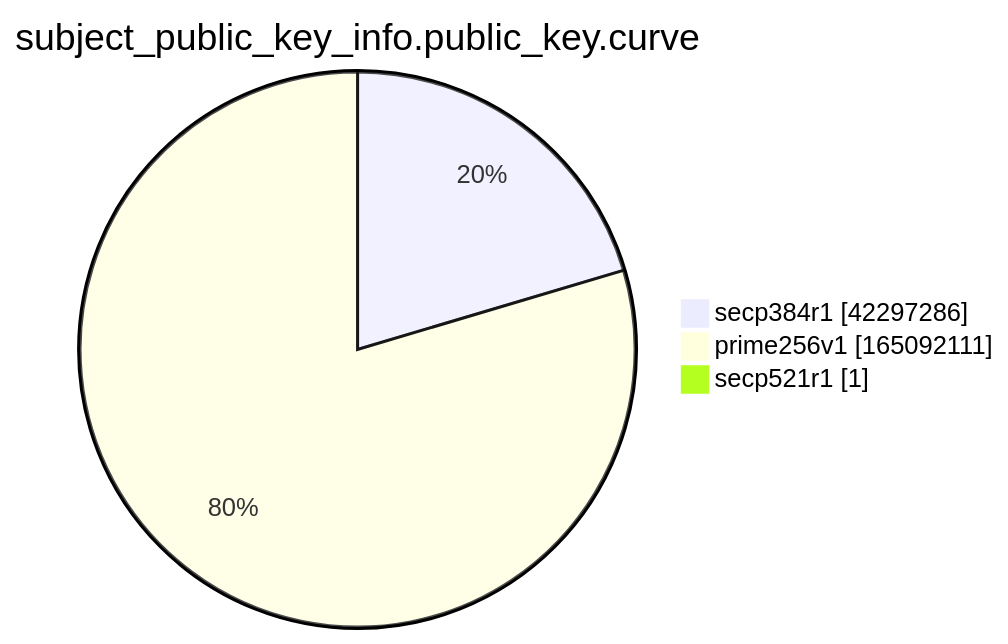
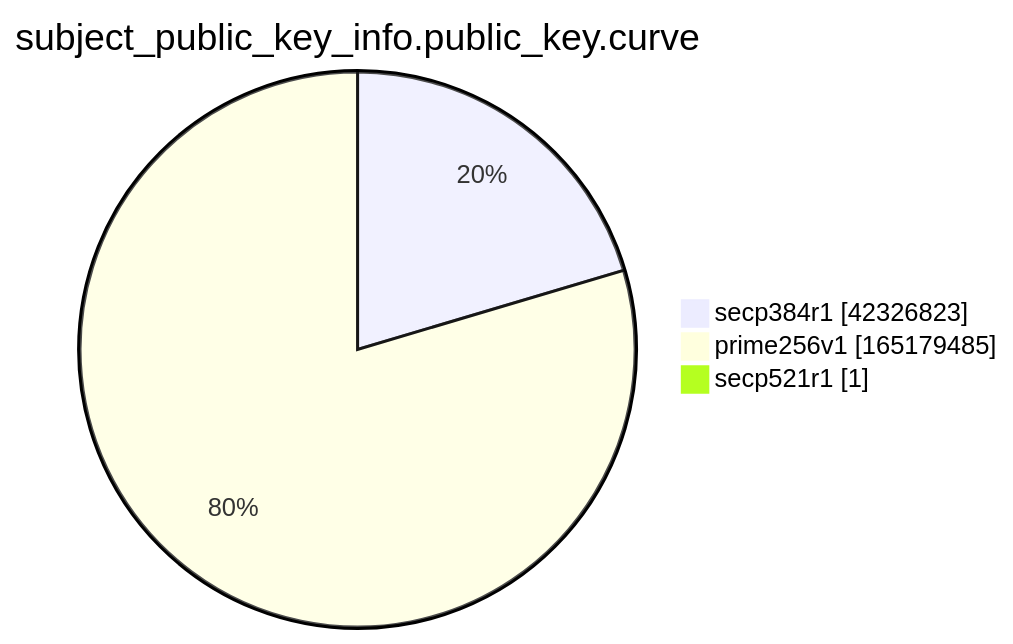
Before and after one commit to christiankrug/ctmonitor_visualization: the ninth of 15 diagrams in xenon2022/README.md, drawn with Mermaid. The commit also changed other lines of this file, not shown here.

````diff
--- a/xenon2022/README.md
+++ b/xenon2022/README.md
@@ -2869,7 +2869,7 @@
 ```mermaid
 pie showData
 title subject_public_key_info.public_key.curve
-"secp384r1" :42297286
-"prime256v1" :165092111
+"secp384r1" :42326823
+"prime256v1" :165179485
 "secp521r1" :1
 ```
````
